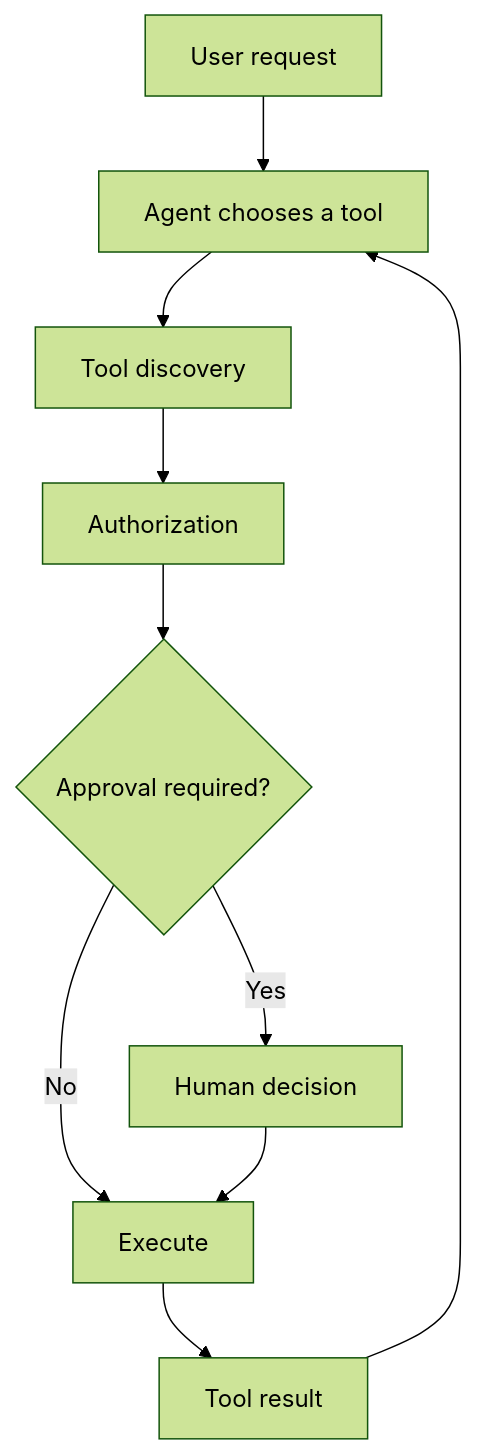
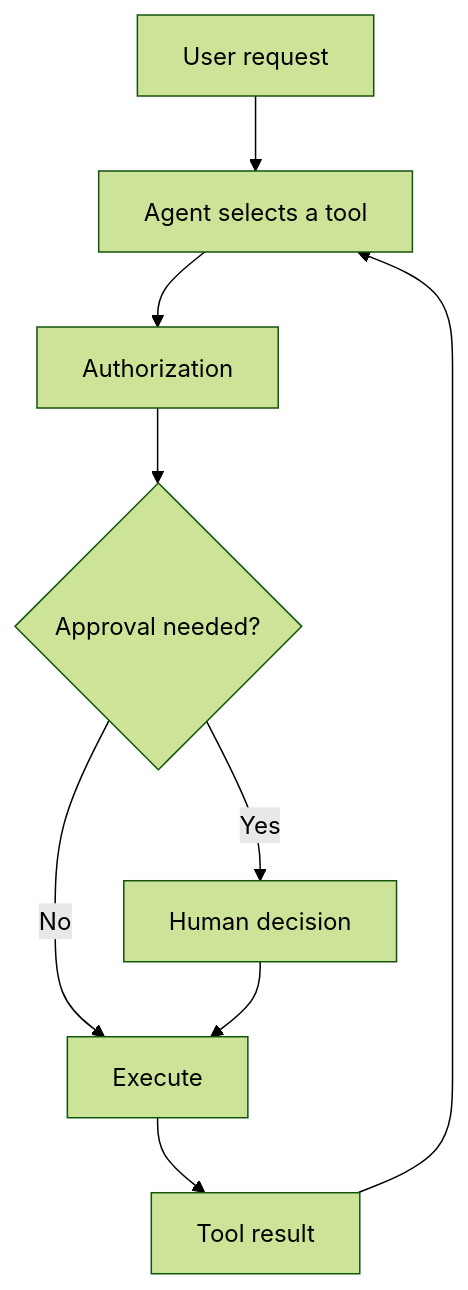
The diagram in website/content/concepts/tools.md (Rise-Experts/Forge), drawn with Mermaid (forest theme) before and after one commit. The commit also changed other lines of this file and 6 other files, not shown here.

````diff
--- a/website/content/concepts/tools.md
+++ b/website/content/concepts/tools.md
@@ -9,12 +13,11 @@
 ```mermaid
 flowchart TD
-  U[User request] --> A[Agent chooses a tool]
-  A --> D[Tool discovery]
-  D --> Z[Authorization]
-  Z --> G{Approval required?}
+  U[User request] --> A[Agent selects a tool]
+  A --> Z[Authorization]
+  Z --> G{Approval needed?}
   G -->|No| E[Execute]
   G -->|Yes| H[Human decision]
   H --> E
   E --> R[Tool result]
   R --> A
 ```
````
